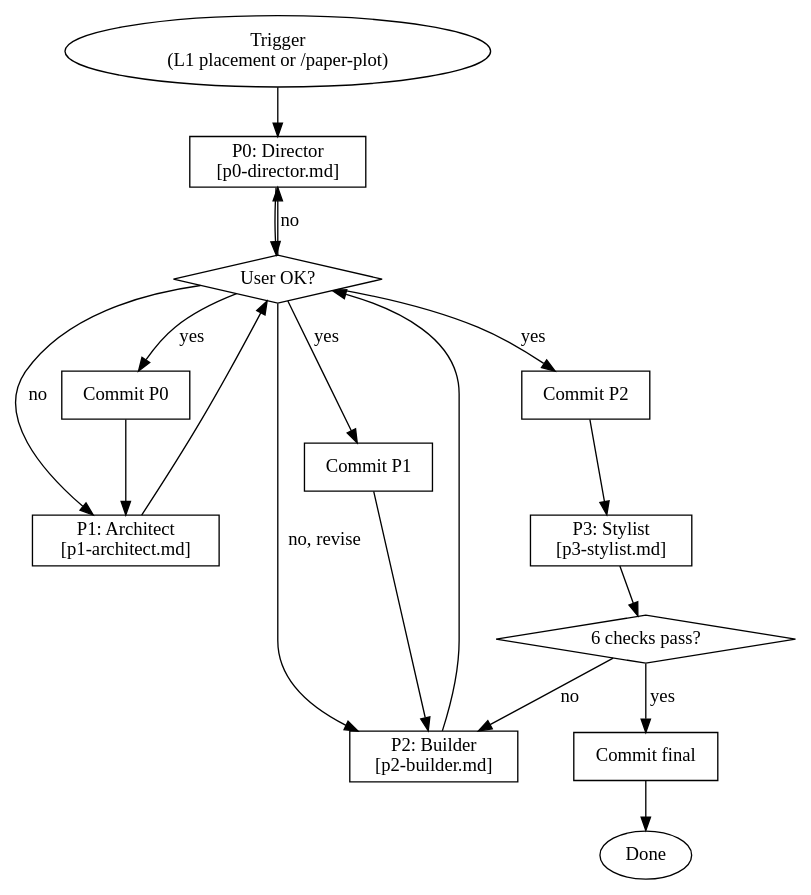
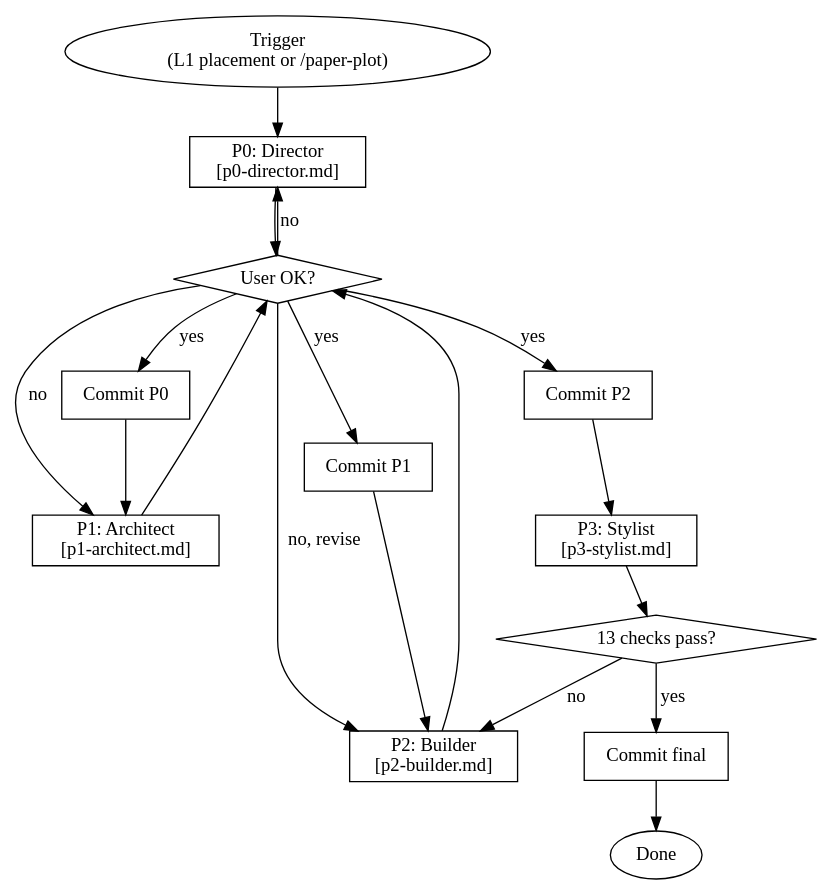
One commit to Deadpoolmine/systematic-research-skills changed the diagram in skills/paper-plot/SKILL.md. Above: the diagram before and after it, drawn with Graphviz. The commit also changed other lines of this file and 9 other files, not shown here.

````diff
--- a/skills/paper-plot/SKILL.md
+++ b/skills/paper-plot/SKILL.md
@@ -56,37 +56,37 @@
 ```dot
 digraph paper_plot {
     rankdir=TB;
     "Trigger\n(L1 placement or /paper-plot)" [shape=oval];
     "P0: Director\n[p0-director.md]" [shape=box];
     "User OK?" [shape=diamond];
     "Commit P0" [shape=box];
     "P1: Architect\n[p1-architect.md]" [shape=box];
     "User OK?" [shape=diamond];
     "Commit P1" [shape=box];
     "P2: Builder\n[p2-builder.md]" [shape=box];
     "User OK?" [shape=diamond];
     "Commit P2" [shape=box];
     "P3: Stylist\n[p3-stylist.md]" [shape=box];
-    "6 checks pass?" [shape=diamond];
+    "13 checks pass?" [shape=diamond];
     "Commit final" [shape=box];
     "Done" [shape=oval];
 
     "Trigger\n(L1 placement or /paper-plot)" -> "P0: Director\n[p0-director.md]";
     "P0: Director\n[p0-director.md]" -> "User OK?";
     "User OK?" -> "P0: Director\n[p0-director.md]" [label="no"];
     "User OK?" -> "Commit P0" [label="yes"];
     "Commit P0" -> "P1: Architect\n[p1-architect.md]";
     "P1: Architect\n[p1-architect.md]" -> "User OK?";
     "User OK?" -> "P1: Architect\n[p1-architect.md]" [label="no"];
     "User OK?" -> "Commit P1" [label="yes"];
     "Commit P1" -> "P2: Builder\n[p2-builder.md]";
     "P2: Builder\n[p2-builder.md]" -> "User OK?";
     "User OK?" -> "P2: Builder\n[p2-builder.md]" [label="no, revise"];
     "User OK?" -> "Commit P2" [label="yes"];
     "Commit P2" -> "P3: Stylist\n[p3-stylist.md]";
-    "P3: Stylist\n[p3-stylist.md]" -> "6 checks pass?";
-    "6 checks pass?" -> "P2: Builder\n[p2-builder.md]" [label="no"];
-    "6 checks pass?" -> "Commit final" [label="yes"];
+    "P3: Stylist\n[p3-stylist.md]" -> "13 checks pass?";
+    "13 checks pass?" -> "P2: Builder\n[p2-builder.md]" [label="no"];
+    "13 checks pass?" -> "Commit final" [label="yes"];
     "Commit final" -> "Done";
 }
 ```
````
